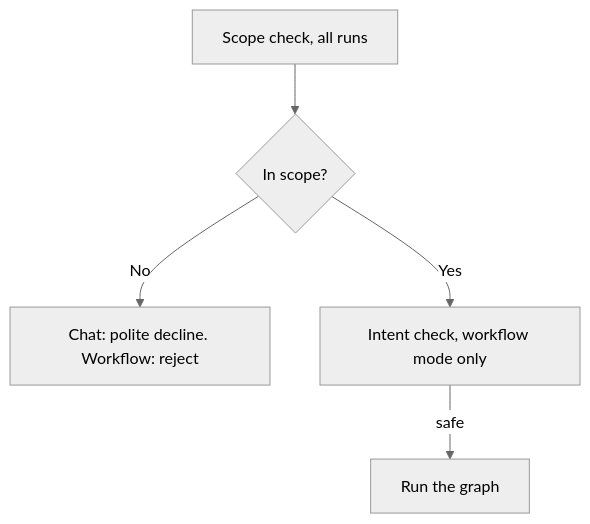
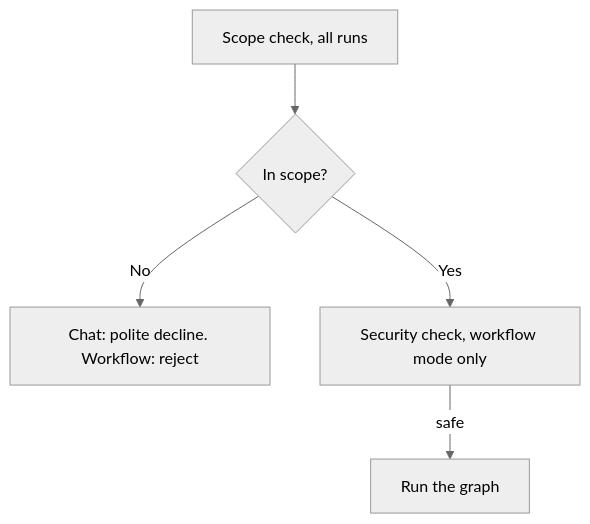
The first of 6 diagrams in src/AI/assistant/docs/modules/graph.md (Altinn/altinn-studio), drawn with Mermaid (neutral theme) before and after one commit. The commit also changed other lines of this file and 24 other files, not shown here.

First line of the commit message:
refactor(assistant): rename the intent gate to the security gate

````diff
--- a/src/AI/assistant/docs/modules/graph.md
+++ b/src/AI/assistant/docs/modules/graph.md
@@ -9,7 +9,7 @@
 ```mermaid
 flowchart TD
   S["Scope check, all runs"] --> Q{"In scope?"}
   Q -- No --> X["Chat: polite decline. Workflow: reject"]
-  Q -- Yes --> I["Intent check, workflow mode only"]
+  Q -- Yes --> I["Security check, workflow mode only"]
   I -- "safe" --> G["Run the graph"]
 ```
````
